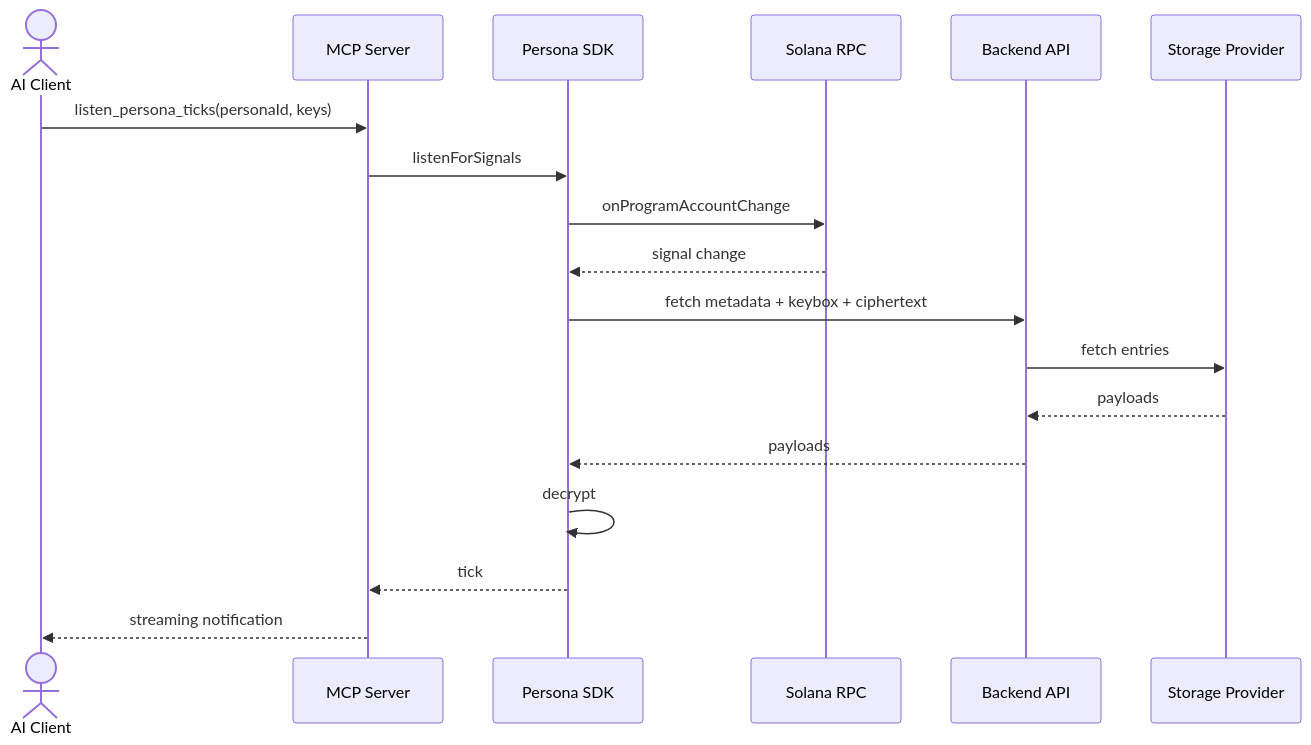
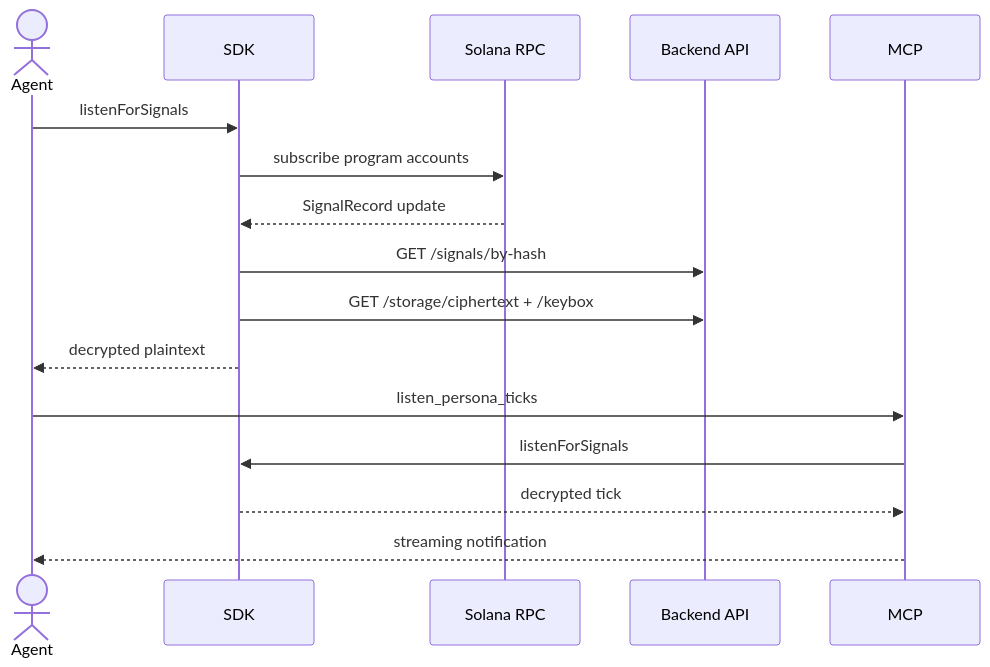
The sixth of 6 diagrams in documents/Sequence_Diagrams.md (heemankv/sigints.club), drawn with Mermaid before and after one commit. The commit also changed other lines of this file and 6 other files, not shown here.

````diff
--- a/documents/Sequence_Diagrams.md
+++ b/documents/Sequence_Diagrams.md
@@ -286,21 +146,20 @@
 ```mermaid
 sequenceDiagram
-  actor AIClient as AI Client
-  participant MCP as MCP Server
-  participant SDK as Persona SDK
+  actor Agent
+  participant SDK
   participant RPC as Solana RPC
   participant API as Backend API
-  participant Storage as Storage Provider
+  participant MCP
 
-  AIClient->>MCP: listen_persona_ticks(personaId, keys)
+  Agent->>SDK: listenForSignals
+  SDK->>RPC: subscribe program accounts
+  RPC-->>SDK: SignalRecord update
+  SDK->>API: GET /signals/by-hash
+  SDK->>API: GET /storage/ciphertext + /keybox
+  SDK-->>Agent: decrypted plaintext
+
+  Agent->>MCP: listen_persona_ticks
   MCP->>SDK: listenForSignals
-  SDK->>RPC: onProgramAccountChange
-  RPC-->>SDK: signal change
-  SDK->>API: fetch metadata + keybox + ciphertext
-  API->>Storage: fetch entries
-  Storage-->>API: payloads
-  API-->>SDK: payloads
-  SDK->>SDK: decrypt
-  SDK-->>MCP: tick
-  MCP-->>AIClient: streaming notification
+  SDK-->>MCP: decrypted tick
+  MCP-->>Agent: streaming notification
 ```
````
